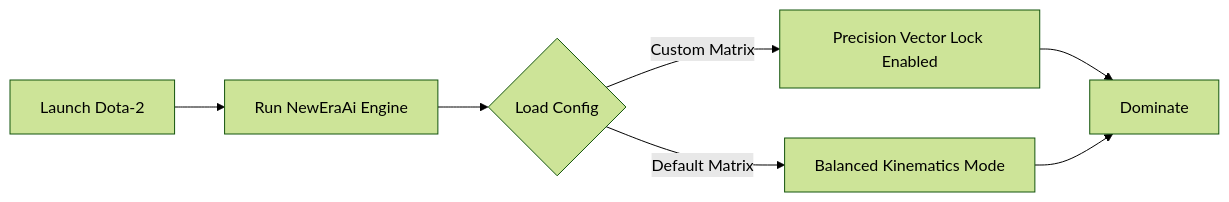
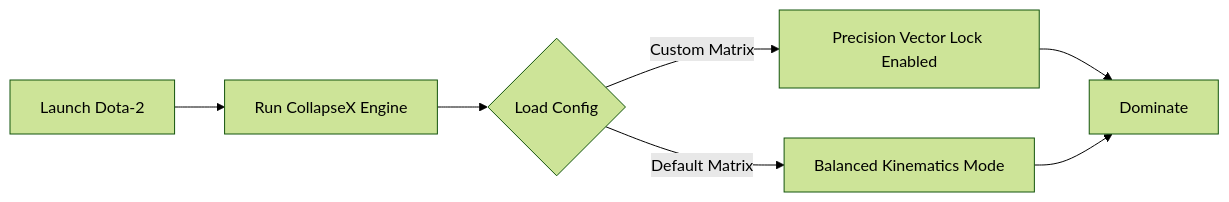
Before and after one commit to TealWeaponsmith/Dota2-Assist-NewEraAI-CollapseX: the diagram in README.md, drawn with Mermaid (forest theme). The commit also changed other lines of this file, not shown here.

````diff
--- a/README.md
+++ b/README.md
@@ -24,10 +24,10 @@
 ```mermaid
 graph LR
-    A[Launch Dota-2] --> B[Run NewEraAi Engine]
+    A[Launch Dota-2] --> B[Run CollapseX Engine]
     B --> C{Load Config}
     C -->|Custom Matrix| D[Precision Vector Lock Enabled]
     C -->|Default Matrix| E[Balanced Kinematics Mode]
     D --> F[Active Spatial Analytics]
     E --> F[Dominate]
 
 ```
````
